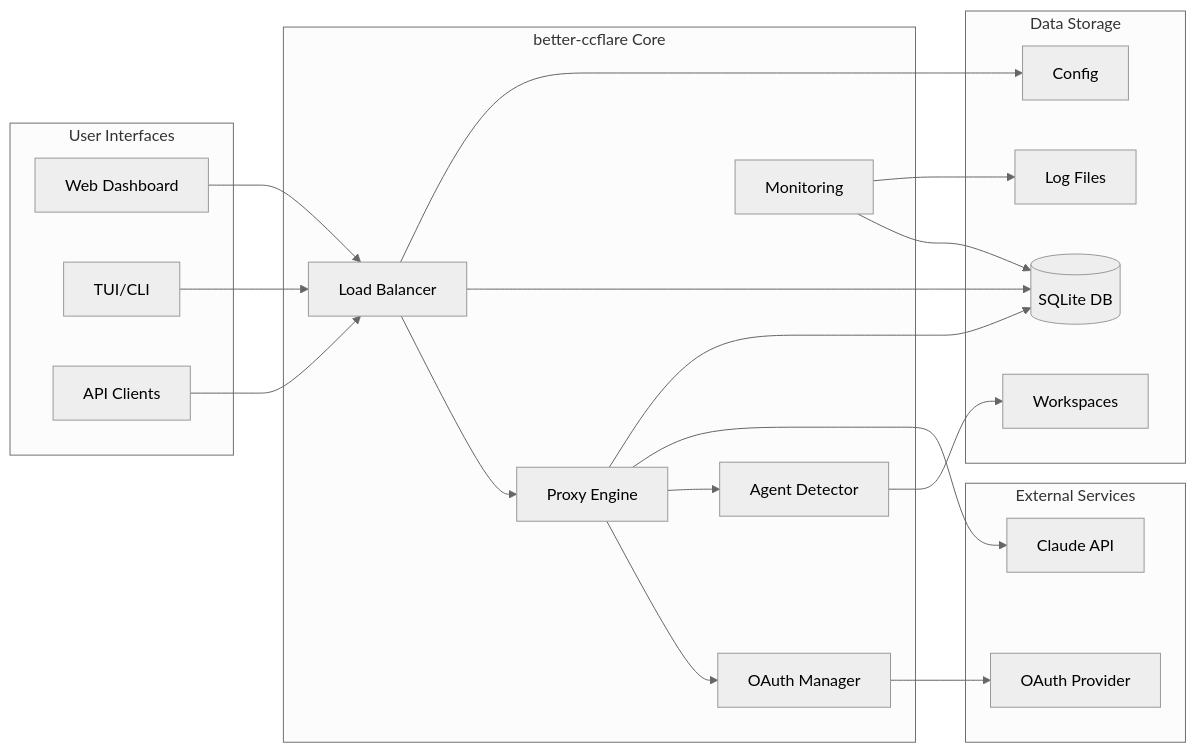
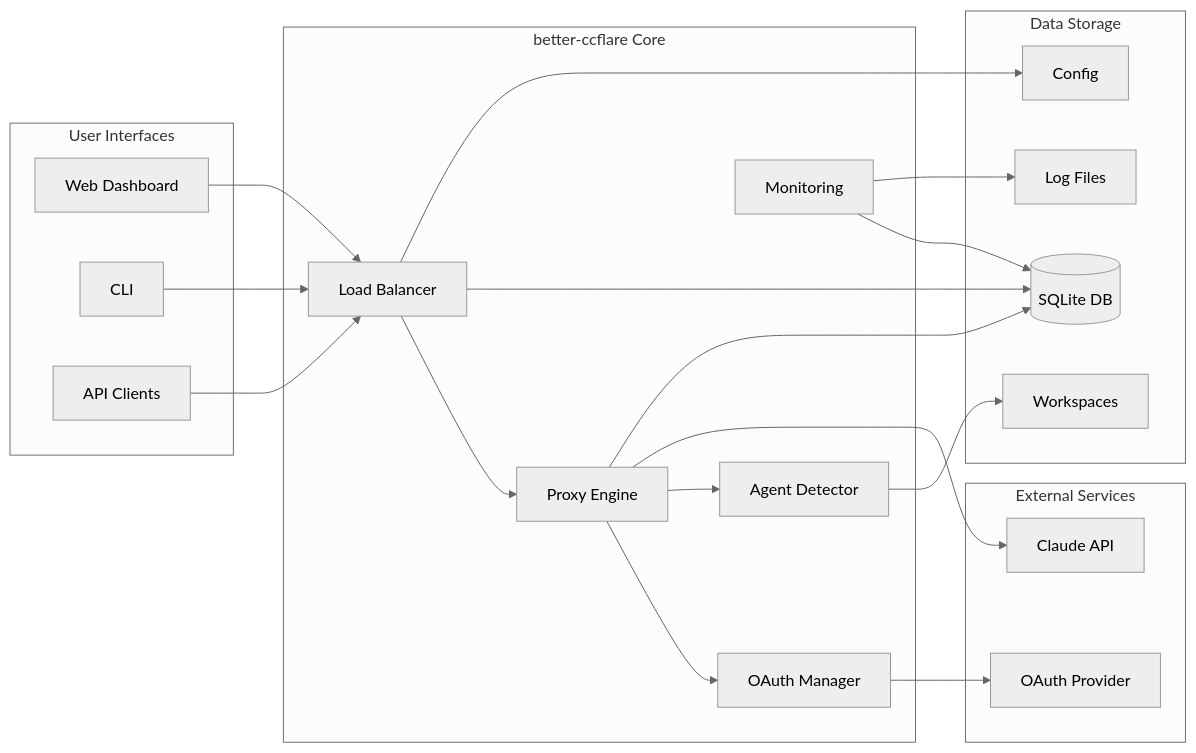
Before and after one commit to tombii/better-ccflare: the first of 25 diagrams in docs/architecture.md, drawn with Mermaid (neutral theme). The commit also changed other lines of this file and 1 other file, not shown here.

First line of the commit message:
docs: complete TUI reference removal from core documentation

````diff
--- a/docs/architecture.md
+++ b/docs/architecture.md
@@ -11,45 +11,45 @@
 ```mermaid
 graph LR
     subgraph "User Interfaces"
         UI1[Web Dashboard]
-        UI2[TUI/CLI]
+        UI2[CLI]
         UI3[API Clients]
     end
     
     subgraph "better-ccflare Core"
         LB[Load Balancer]
         PROXY[Proxy Engine]
         AUTH[OAuth Manager]
         MON[Monitoring]
         AGENT[Agent Detector]
     end
     
     subgraph "Data Storage"
         DB[(SQLite DB)]
         LOGS[Log Files]
         CFG[Config]
         WS[Workspaces]
     end
     
     subgraph "External Services"
         CLAUDE[Claude API]
         OAUTH[OAuth Provider]
     end
     
     UI1 --> LB
     UI2 --> LB
     UI3 --> LB
     
     LB --> PROXY
     PROXY --> AUTH
     PROXY --> AGENT
     AUTH --> OAUTH
     PROXY --> CLAUDE
     
     LB --> DB
     PROXY --> DB
     MON --> DB
     AGENT --> WS
     MON --> LOGS
     LB --> CFG
 ```
````
